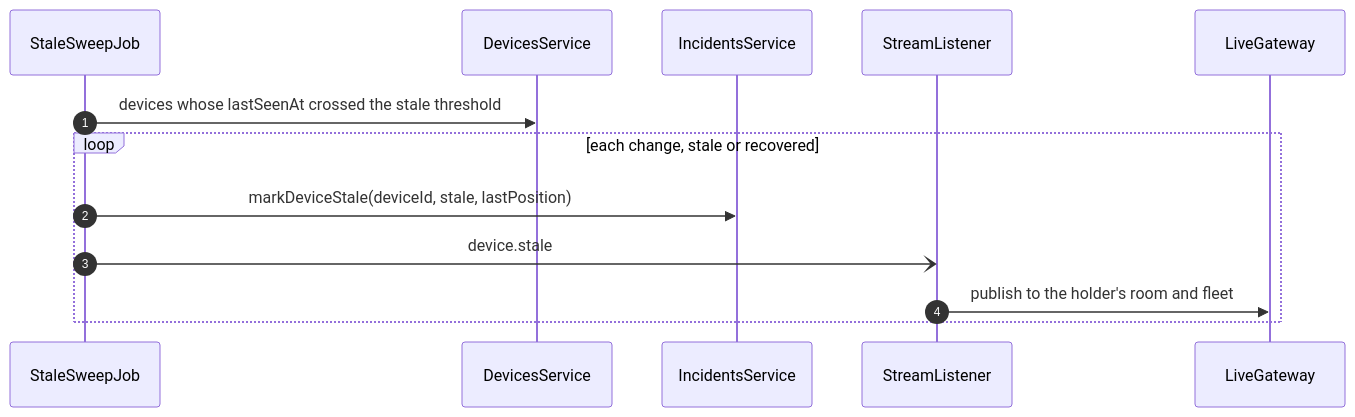
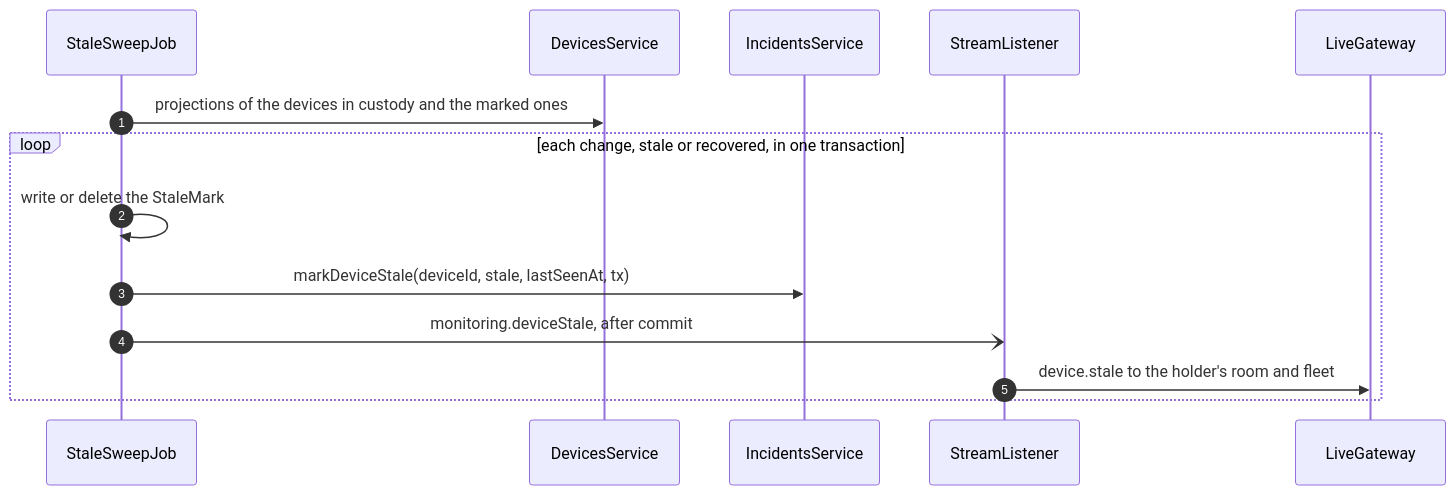
The seventh of 7 diagrams in specs/monitoring/design.md (TrekLink-Team/treklink-web), drawn with Mermaid before and after one commit. The commit also changed 11 other files, not shown here.

First line of the commit message:
feat: flag an incident stale while its device is silent

````diff
--- a/specs/monitoring/design.md
+++ b/specs/monitoring/design.md
@@ -287,15 +287,16 @@
 ```mermaid
 sequenceDiagram
     autonumber
     participant J as StaleSweepJob
     participant D as DevicesService
     participant I as IncidentsService
     participant L as StreamListener
     participant W as LiveGateway
-    J->>D: devices whose lastSeenAt crossed the stale threshold
-    loop each change, stale or recovered
-        J->>I: markDeviceStale(deviceId, stale, lastPosition)
-        J-)L: device.stale
-        L->>W: publish to the holder's room and fleet
+    J->>D: projections of the devices in custody and the marked ones
+    loop each change, stale or recovered, in one transaction
+        J->>J: write or delete the StaleMark
+        J->>I: markDeviceStale(deviceId, stale, lastSeenAt, tx)
+        J-)L: monitoring.deviceStale, after commit
+        L->>W: device.stale to the holder's room and fleet
     end
 ```
````
